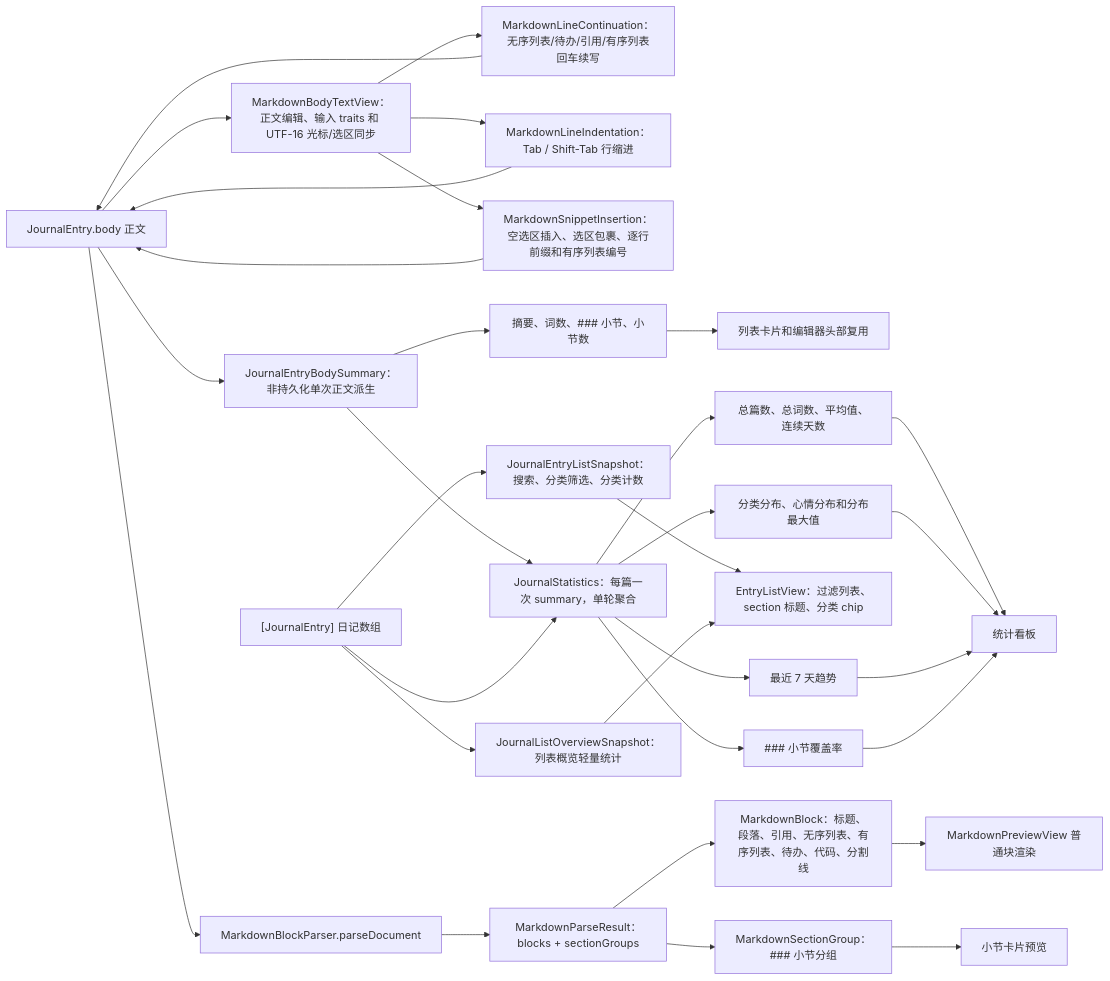
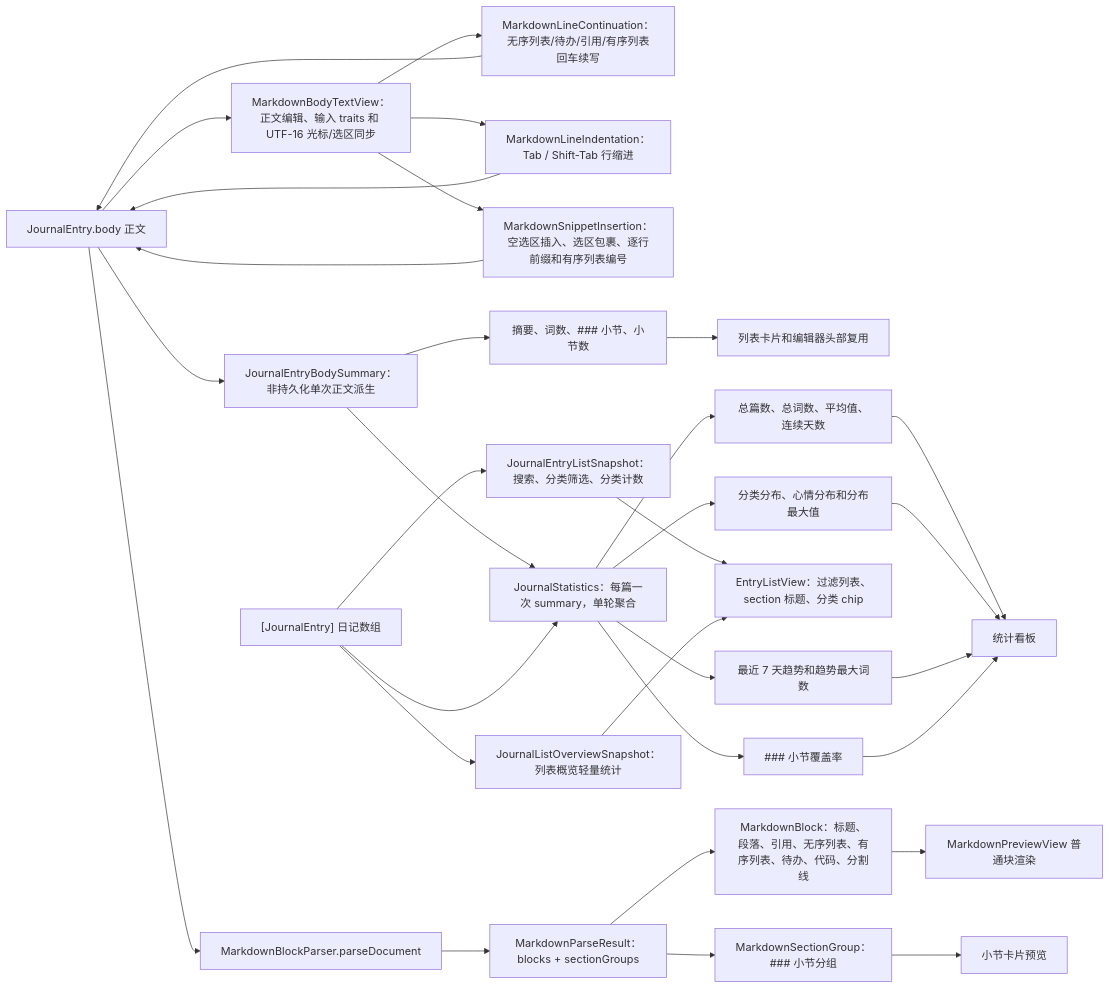
The fourth of 6 diagrams in md/flow/flowchart.md (Altman-sam114/117), drawn with Mermaid before and after one commit. The commit also changed other lines of this file and 9 other files, not shown here.

````diff
--- a/md/flow/flowchart.md
+++ b/md/flow/flowchart.md
@@ -117,33 +117,33 @@
 ```mermaid
 flowchart LR
   Body["JournalEntry.body 正文"] --> Summary["JournalEntryBodySummary：非持久化单次正文派生"]
   Body --> BodyText["MarkdownBodyTextView：正文编辑、输入 traits 和 UTF-16 光标/选区同步"]
   BodyText --> ContinueRule["MarkdownLineContinuation：无序列表/待办/引用/有序列表回车续写"]
   ContinueRule --> Body
   BodyText --> IndentRule["MarkdownLineIndentation：Tab / Shift-Tab 行缩进"]
   IndentRule --> Body
   BodyText --> InsertRule["MarkdownSnippetInsertion：空选区插入、选区包裹、逐行前缀和有序列表编号"]
   InsertRule --> Body
   Summary --> Excerpt["摘要、词数、### 小节、小节数"]
   Excerpt --> RowEditor["列表卡片和编辑器头部复用"]
   Summary --> Statistics["JournalStatistics：每篇一次 summary，单轮聚合"]
   Body --> Parse["MarkdownBlockParser.parseDocument"]
   Parse --> Result["MarkdownParseResult：blocks + sectionGroups"]
   Result --> Blocks["MarkdownBlock：标题、段落、引用、无序列表、有序列表、待办、代码、分割线"]
   Blocks --> Preview["MarkdownPreviewView 普通块渲染"]
   Result --> Sections["MarkdownSectionGroup：### 小节分组"]
   Sections --> SectionPreview["小节卡片预览"]
   Entries["[JournalEntry] 日记数组"] --> Statistics
   Entries --> ListSnapshot2["JournalEntryListSnapshot：搜索、分类筛选、分类计数"]
   ListSnapshot2 --> ListView["EntryListView：过滤列表、section 标题、分类 chip"]
   Entries --> ListOverview2["JournalListOverviewSnapshot：列表概览轻量统计"]
   ListOverview2 --> ListView
   Statistics --> Metrics["总篇数、总词数、平均值、连续天数"]
   Statistics --> Distributions["分类分布、心情分布和分布最大值"]
-  Statistics --> Trend["最近 7 天趋势"]
+  Statistics --> Trend["最近 7 天趋势和趋势最大词数"]
   Statistics --> Coverage["### 小节覆盖率"]
   Metrics --> Dashboard["统计看板"]
   Distributions --> Dashboard
   Trend --> Dashboard
   Coverage --> Dashboard
 ```
````
